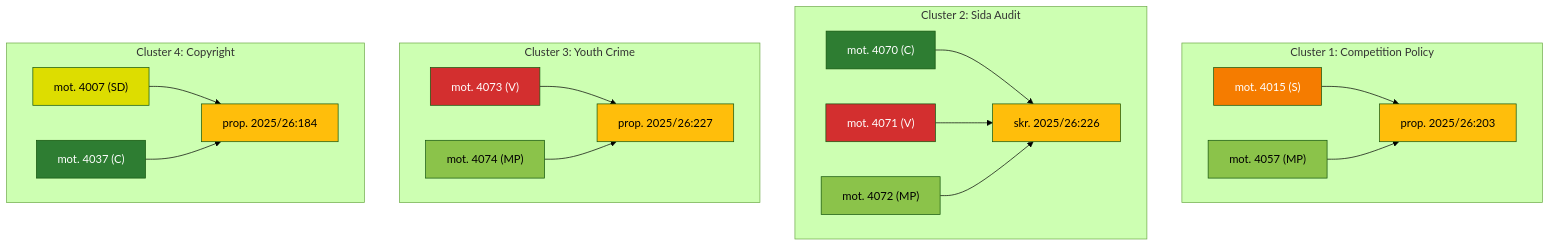
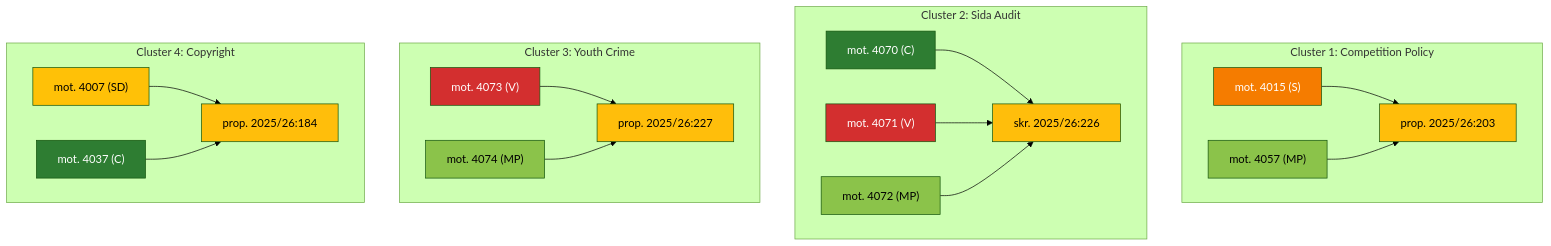
One commit to Hack23/riksdagsmonitor changed the diagram in analysis/daily/2026-04-13/motions/synthesis-summary.md. Above: the diagram before and after it, drawn with Mermaid (forest theme). The commit also changed 121 other files, not shown here.

````diff
--- a/analysis/daily/2026-04-13/motions/synthesis-summary.md
+++ b/analysis/daily/2026-04-13/motions/synthesis-summary.md
@@ -60,33 +60,33 @@
 ```mermaid
 graph TB
     subgraph "Cluster 1: Competition Policy"
         S1["mot. 4015 (S)"] --> P203["prop. 2025/26:203"]
         MP1["mot. 4057 (MP)"] --> P203
         style S1 fill:#F57C00,color:#FFFFFF
         style MP1 fill:#8BC34A,color:#000000
         style P203 fill:#ffbe0b,color:#000000
     end
     subgraph "Cluster 2: Sida Audit"
         C1["mot. 4070 (C)"] --> SKR226["skr. 2025/26:226"]
         V1["mot. 4071 (V)"] --> SKR226
         MP2["mot. 4072 (MP)"] --> SKR226
         style C1 fill:#2E7D32,color:#FFFFFF
         style V1 fill:#D32F2F,color:#FFFFFF
         style MP2 fill:#8BC34A,color:#000000
         style SKR226 fill:#ffbe0b,color:#000000
     end
     subgraph "Cluster 3: Youth Crime"
         V2["mot. 4073 (V)"] --> P227["prop. 2025/26:227"]
         MP3["mot. 4074 (MP)"] --> P227
         style V2 fill:#D32F2F,color:#FFFFFF
         style MP3 fill:#8BC34A,color:#000000
         style P227 fill:#ffbe0b,color:#000000
     end
     subgraph "Cluster 4: Copyright"
         SD1["mot. 4007 (SD)"] --> P184["prop. 2025/26:184"]
         C2["mot. 4037 (C)"] --> P184
-        style SD1 fill:#dddd00,color:#000000
+        style SD1 fill:#FFC107,color:#000000
         style C2 fill:#2E7D32,color:#FFFFFF
         style P184 fill:#ffbe0b,color:#000000
     end
 ```
````
